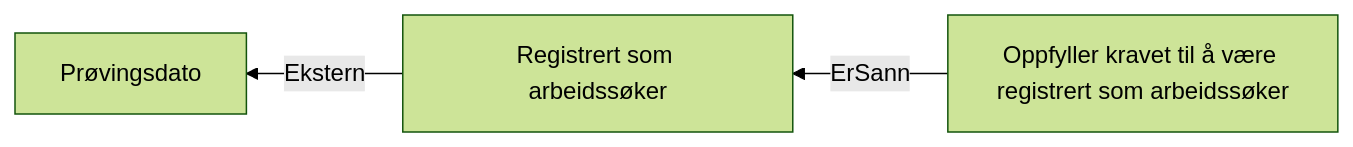
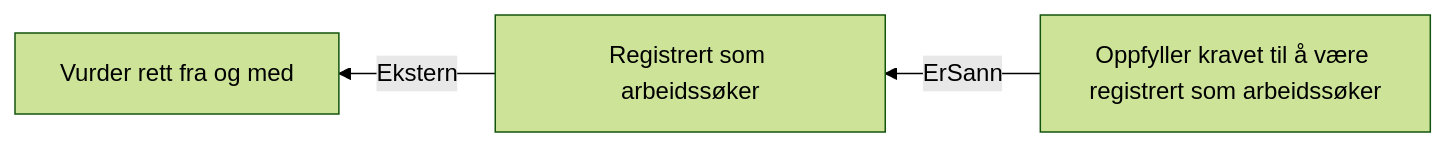
One commit to navikt/dp-behandling changed the diagram in docs/regler/§ 4-5. Registrering som arbeidssøker.approved.md. Above: the diagram before and after it, drawn with Mermaid (forest theme). The commit also changed 73 other files, not shown here.

````diff
--- a/docs/regler/§ 4-5. Registrering som arbeidssøker.approved.md
+++ b/docs/regler/§ 4-5. Registrering som arbeidssøker.approved.md
@@ -5,5 +5,5 @@
 ```mermaid
 graph RL
-  A["Registrert som arbeidssøker"] -->|"Ekstern"| B["Prøvingsdato"]
+  A["Registrert som arbeidssøker"] -->|"Ekstern"| B["Vurder rett fra og med"]
   C["Oppfyller kravet til å være registrert som arbeidssøker"] -->|"ErSann"| A["Registrert som arbeidssøker"]
 ```
````
